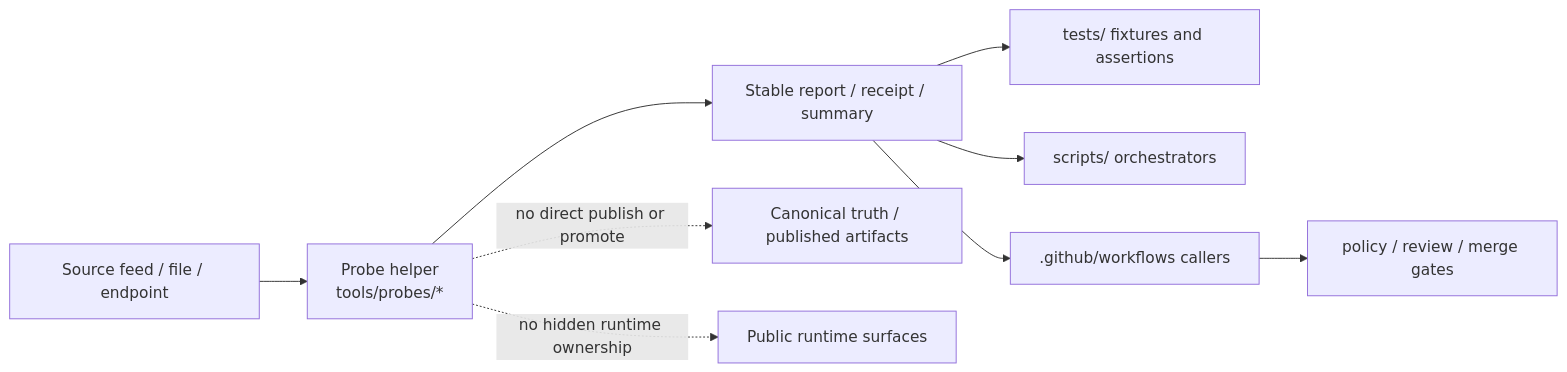
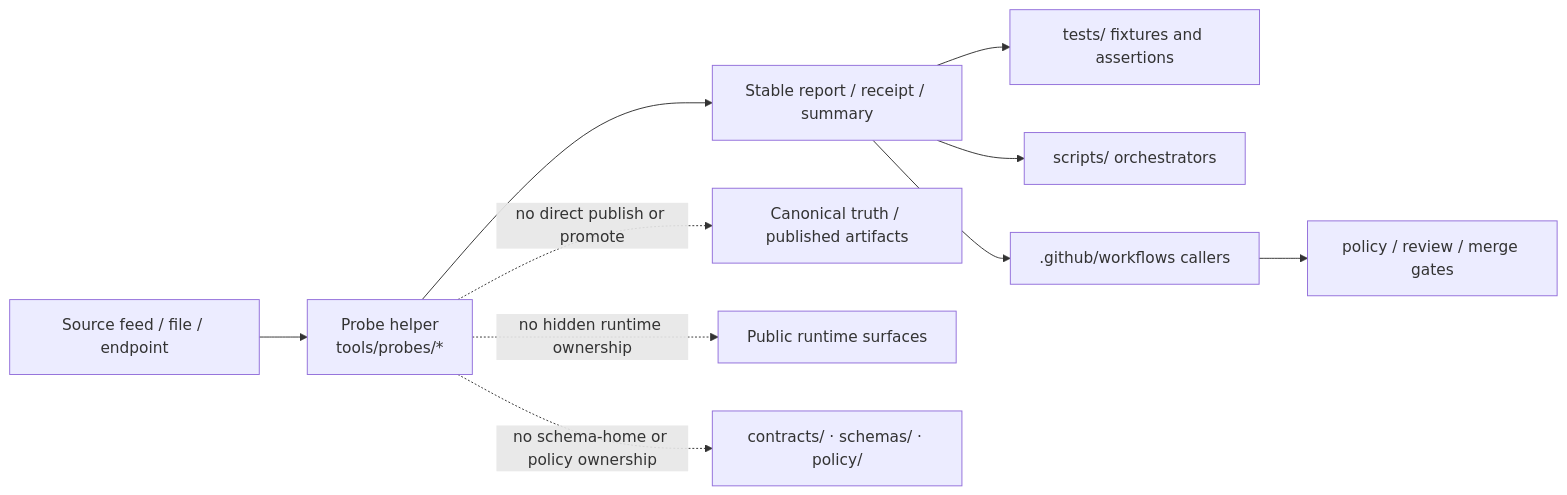
Before and after one commit to bartytime4life/Kansas-Frontier-Matrix: the diagram in tools/probes/README.md, drawn with Mermaid. The commit also changed other lines of this file, not shown here.

````diff
--- a/tools/probes/README.md
+++ b/tools/probes/README.md
@@ -246,12 +272,13 @@
 ```mermaid
 flowchart LR
     A[Source feed / file / endpoint] --> B[Probe helper<br/>tools/probes/*]
     B --> C[Stable report / receipt / summary]
     C --> D[tests/ fixtures and assertions]
     C --> E[scripts/ orchestrators]
     C --> F[.github/workflows callers]
     F --> G[policy / review / merge gates]
 
     B -. no direct publish or promote .-> H[Canonical truth / published artifacts]
     B -. no hidden runtime ownership .-> I[Public runtime surfaces]
+    B -. no schema-home or policy ownership .-> J[contracts/ · schemas/ · policy/]
 ```
````
